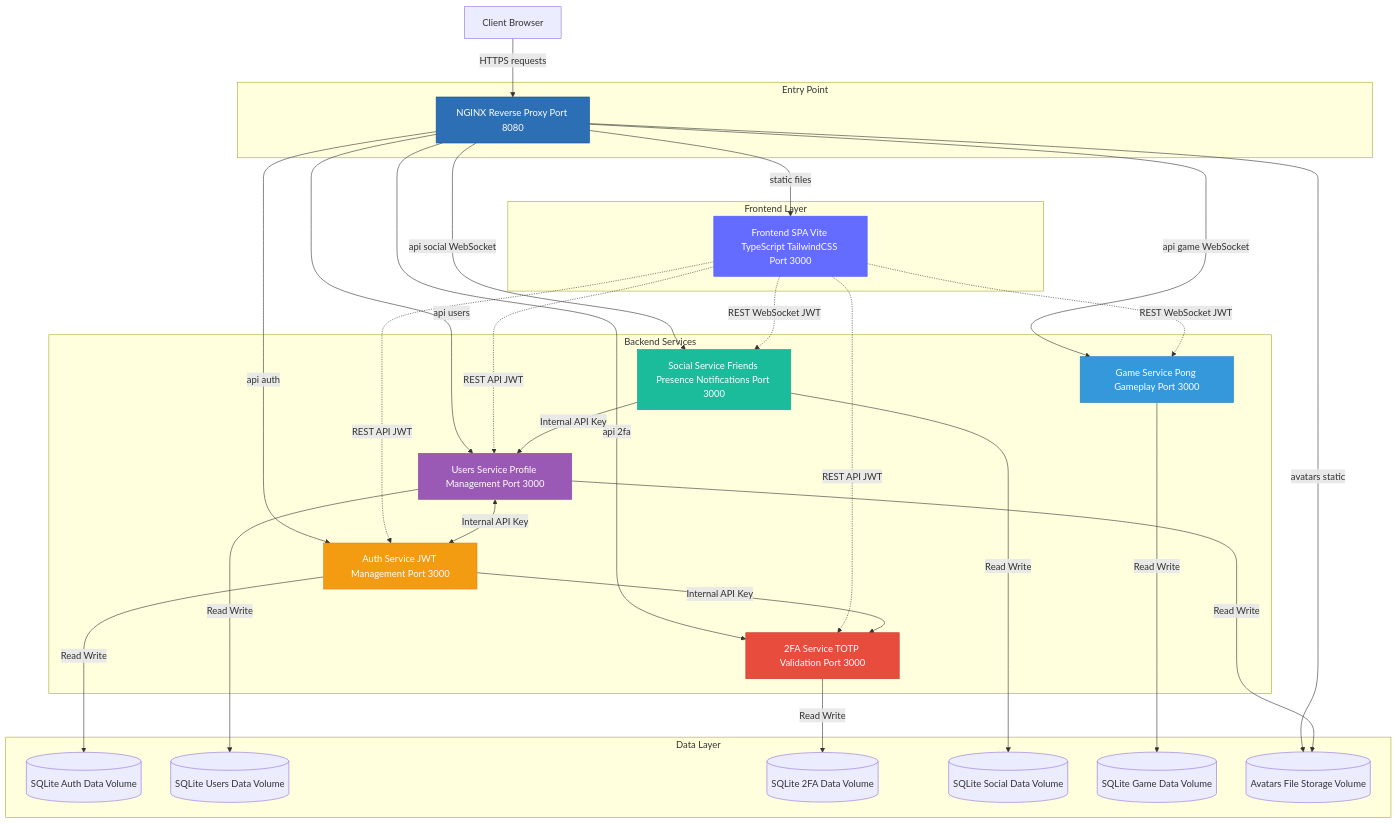
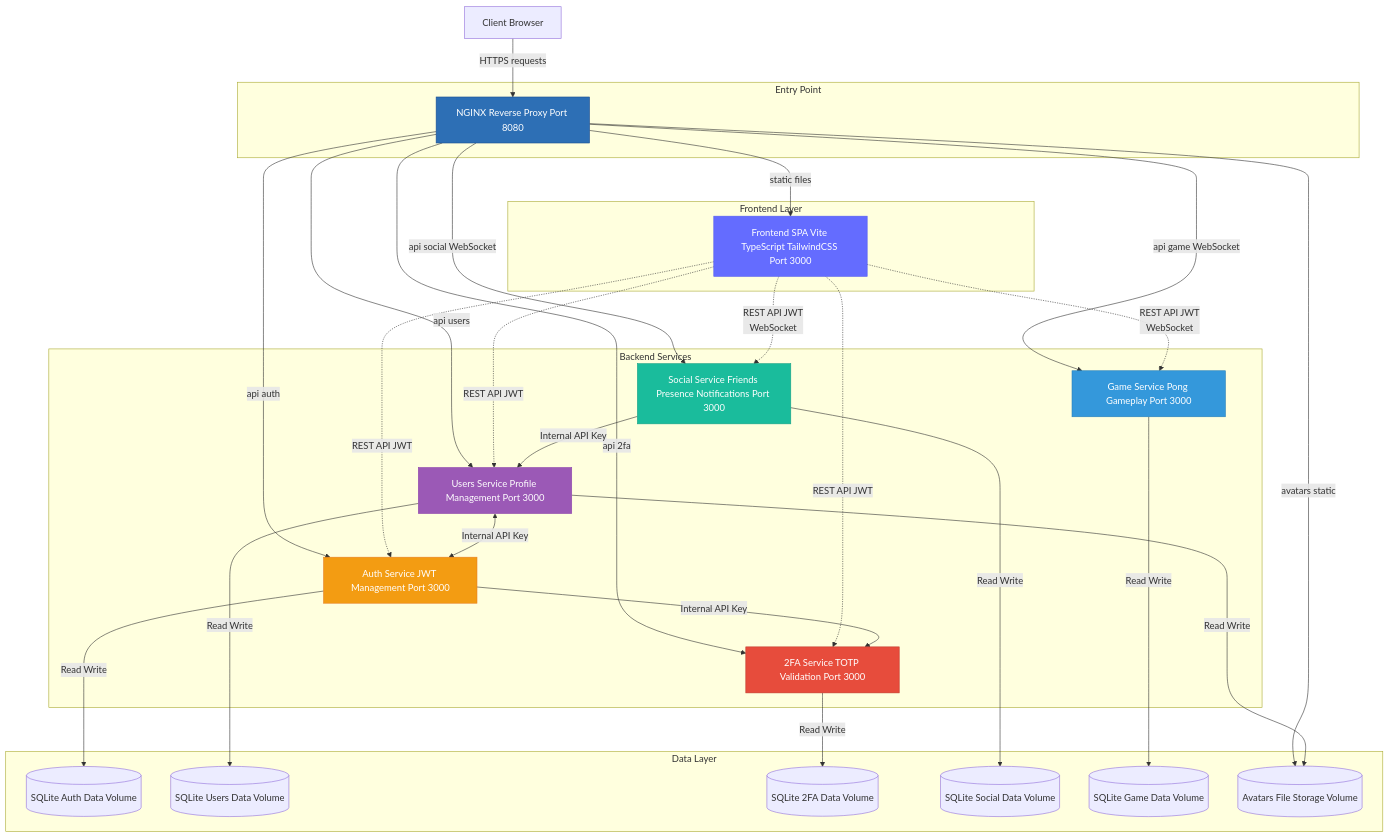
The third of 3 diagrams in architecture.md (anais-f/42_ft_transcendence), drawn with Mermaid before and after one commit. The commit also changed other lines of this file and 1 other file, not shown here.

````diff
--- a/architecture.md
+++ b/architecture.md
@@ -133,63 +127,63 @@
 ```mermaid
 graph TB
     subgraph Entry["Entry Point"]
         Nginx[NGINX Reverse Proxy Port 8080]
     end
-
+    
     subgraph Frontend_Layer["Frontend Layer"]
         Frontend[Frontend SPA Vite TypeScript TailwindCSS Port 3000]
     end
-
+    
     subgraph Backend["Backend Services"]
         Auth[Auth Service JWT Management Port 3000]
         Users[Users Service Profile Management Port 3000]
         TwoFA[2FA Service TOTP Validation Port 3000]
         Social[Social Service Friends Presence Notifications Port 3000]
         Game[Game Service Pong Gameplay Port 3000]
     end
-
+    
     subgraph Data["Data Layer"]
         DB_Auth[(SQLite Auth Data Volume)]
         DB_Users[(SQLite Users Data Volume)]
         DB_2FA[(SQLite 2FA Data Volume)]
         DB_Social[(SQLite Social Data Volume)]
         DB_Game[(SQLite Game Data Volume)]
         Avatars[(Avatars File Storage Volume)]
     end
-
+    
     Client[Client Browser] -->|HTTPS requests| Nginx
-
+    
     Nginx -->|static files| Frontend
     Nginx -->|api auth| Auth
     Nginx -->|api users| Users
     Nginx -->|api 2fa| TwoFA
     Nginx -->|api social WebSocket| Social
     Nginx -->|api game WebSocket| Game
     Nginx -->|avatars static| Avatars
-
+    
     Frontend -.->|REST API JWT| Auth
     Frontend -.->|REST API JWT| Users
     Frontend -.->|REST API JWT| TwoFA
-    Frontend -.->|REST WebSocket JWT| Social
-    Frontend -.->|REST WebSocket JWT| Game
-
+    Frontend -.->|REST API JWT</br>WebSocket| Social
+    Frontend -.->|REST API JWT</br>WebSocket| Game
+    
     Users <-->|Internal API Key| Auth
     Auth -->|Internal API Key| TwoFA
-
+    
     Social -->|Internal API Key| Users
-
+ 
     Auth -->|Read Write| DB_Auth
     Users -->|Read Write| DB_Users
     Users -->|Read Write| Avatars
     TwoFA -->|Read Write| DB_2FA
     Social -->|Read Write| DB_Social
     Game -->|Read Write| DB_Game
-
+    
     style Nginx fill:#2d6fb5,stroke:#1a4d8f,color:#fff
     style Frontend fill:#646cff,stroke:#535bf2,color:#fff
     style Auth fill:#f39c12,stroke:#e67e22,color:#fff
     style Users fill:#9b59b6,stroke:#8e44ad,color:#fff
     style TwoFA fill:#e74c3c,stroke:#c0392b,color:#fff
     style Social fill:#1abc9c,stroke:#16a085,color:#fff
     style Game fill:#3498db,stroke:#2980b9,color:#fff
 ```
````
